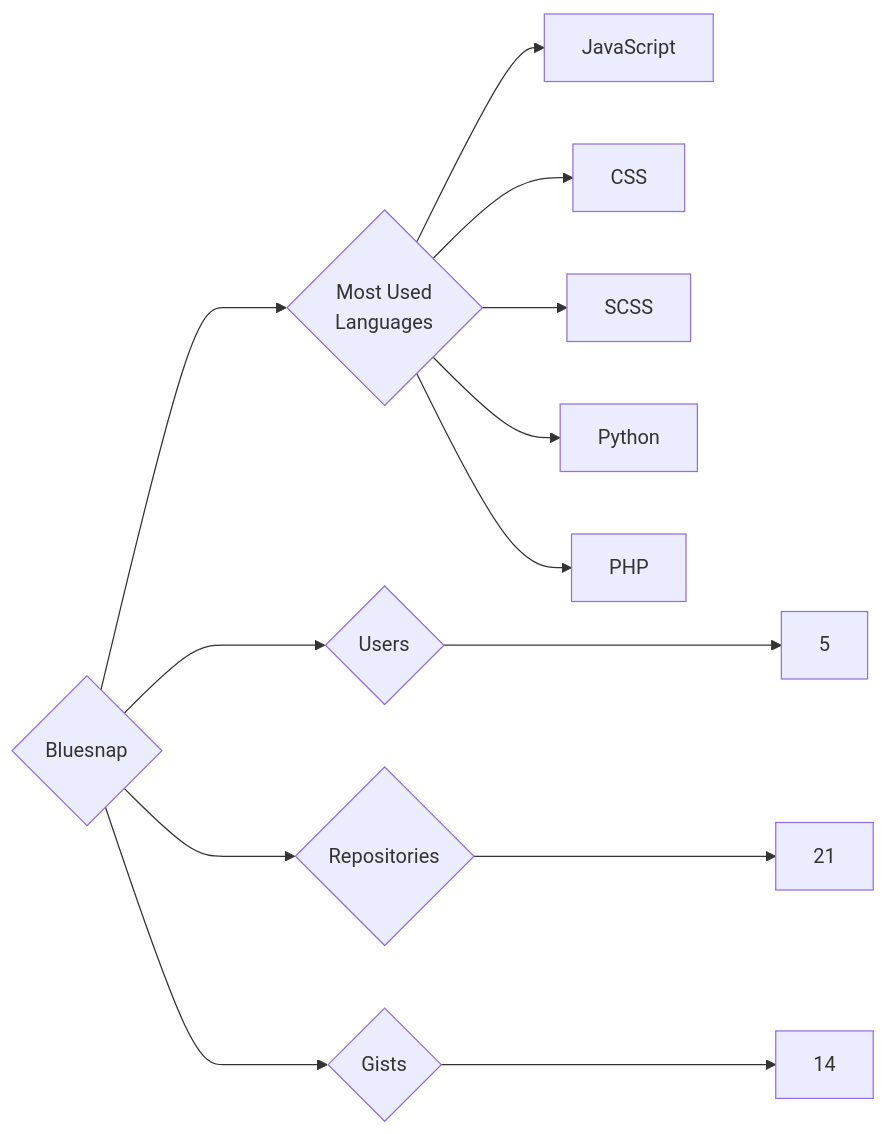
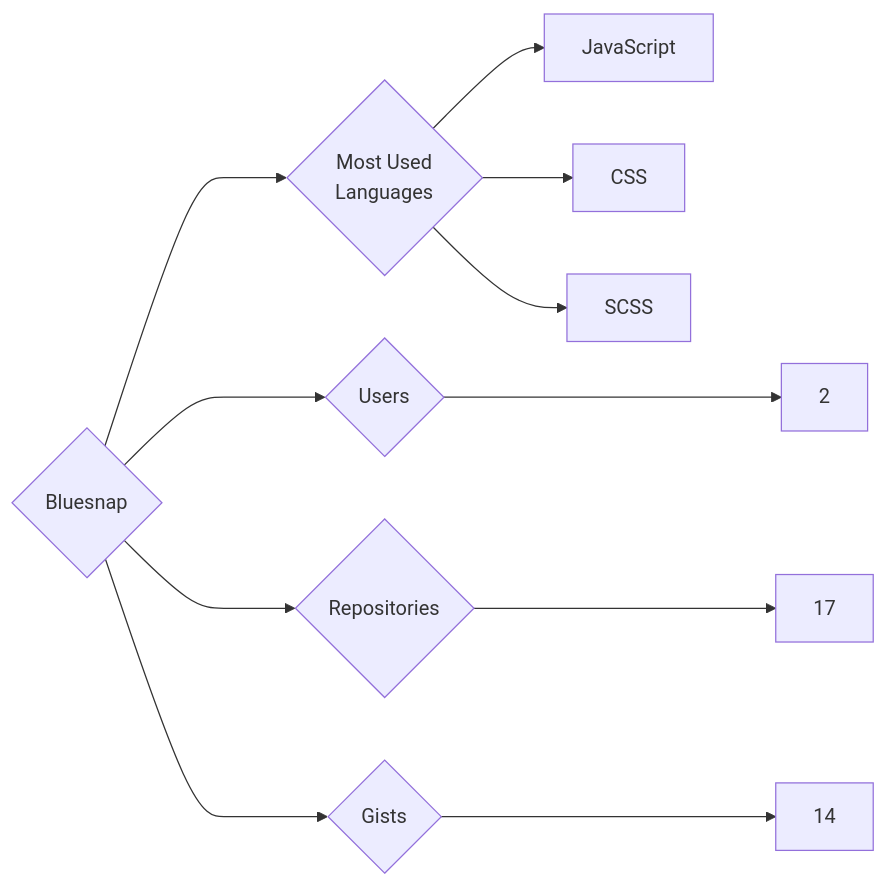
The diagram in targets/Bluesnap/README.md (trickest/insiders), drawn with Mermaid before and after one commit. The commit also changed 629 other files, not shown here.

````diff
--- a/targets/Bluesnap/README.md
+++ b/targets/Bluesnap/README.md
@@ -3,13 +3,11 @@
 ```mermaid
 graph LR
 COMPANY_NAME{Bluesnap}
-COMPANY_NAME ---> U{Users} ---> UN[5]
-COMPANY_NAME ---> R{Repositories} ---> RN[21]
+COMPANY_NAME ---> U{Users} ---> UN[2]
+COMPANY_NAME ---> R{Repositories} ---> RN[17]
 COMPANY_NAME ---> G{Gists} ---> GN[14]
 COMPANY_NAME ---> ML{Most Used<br>Languages}
 ML --> JavaScript[JavaScript]
 ML --> CSS[CSS]
 ML --> SCSS[SCSS]
-ML --> Python[Python]
-ML --> PHP[PHP]
 ```
````
